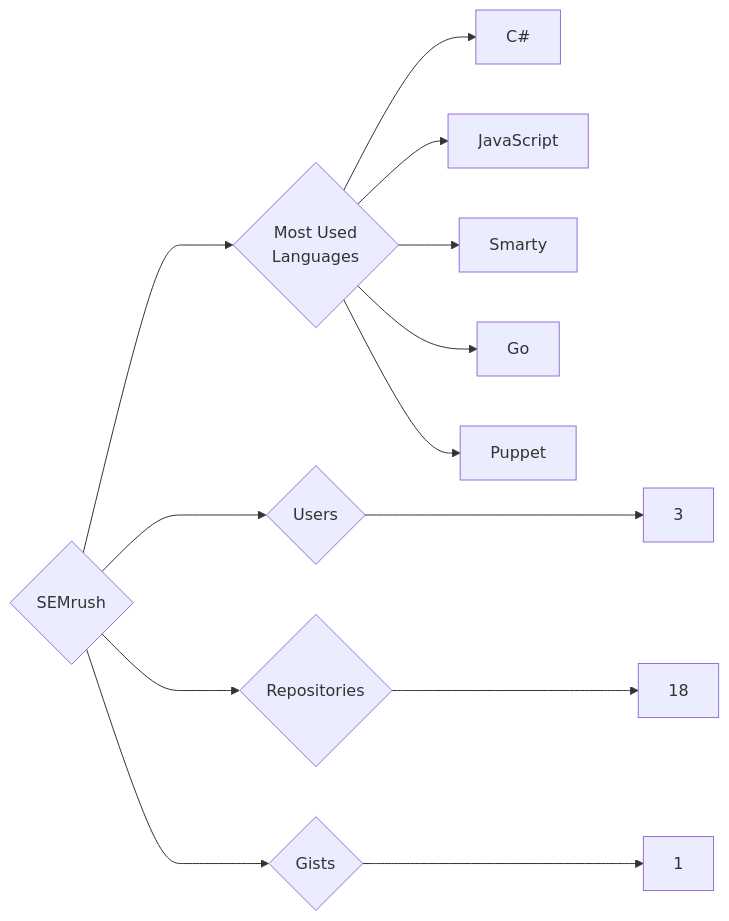
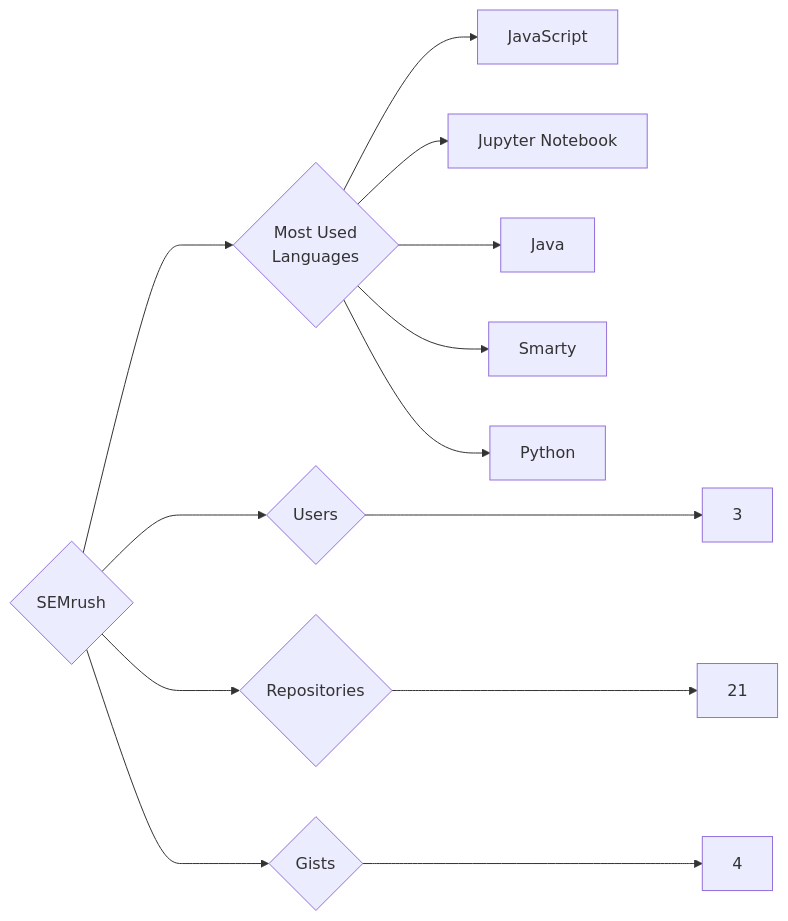
One commit to trickest/insiders changed the diagram in targets/SEMrush/README.md. Above: the diagram before and after it, drawn with Mermaid. The commit also changed 695 other files, not shown here.

````diff
--- a/targets/SEMrush/README.md
+++ b/targets/SEMrush/README.md
@@ -3,13 +3,13 @@
 ```mermaid
 graph LR
 COMPANY_NAME{SEMrush}
 COMPANY_NAME ---> U{Users} ---> UN[3]
-COMPANY_NAME ---> R{Repositories} ---> RN[18]
-COMPANY_NAME ---> G{Gists} ---> GN[1]
+COMPANY_NAME ---> R{Repositories} ---> RN[21]
+COMPANY_NAME ---> G{Gists} ---> GN[4]
 COMPANY_NAME ---> ML{Most Used<br>Languages}
-ML --> C#[C#]
 ML --> JavaScript[JavaScript]
+ML --> Jupyter_Notebook[Jupyter Notebook]
+ML --> Java[Java]
 ML --> Smarty[Smarty]
-ML --> Go[Go]
-ML --> Puppet[Puppet]
+ML --> Python[Python]
 ```
````
